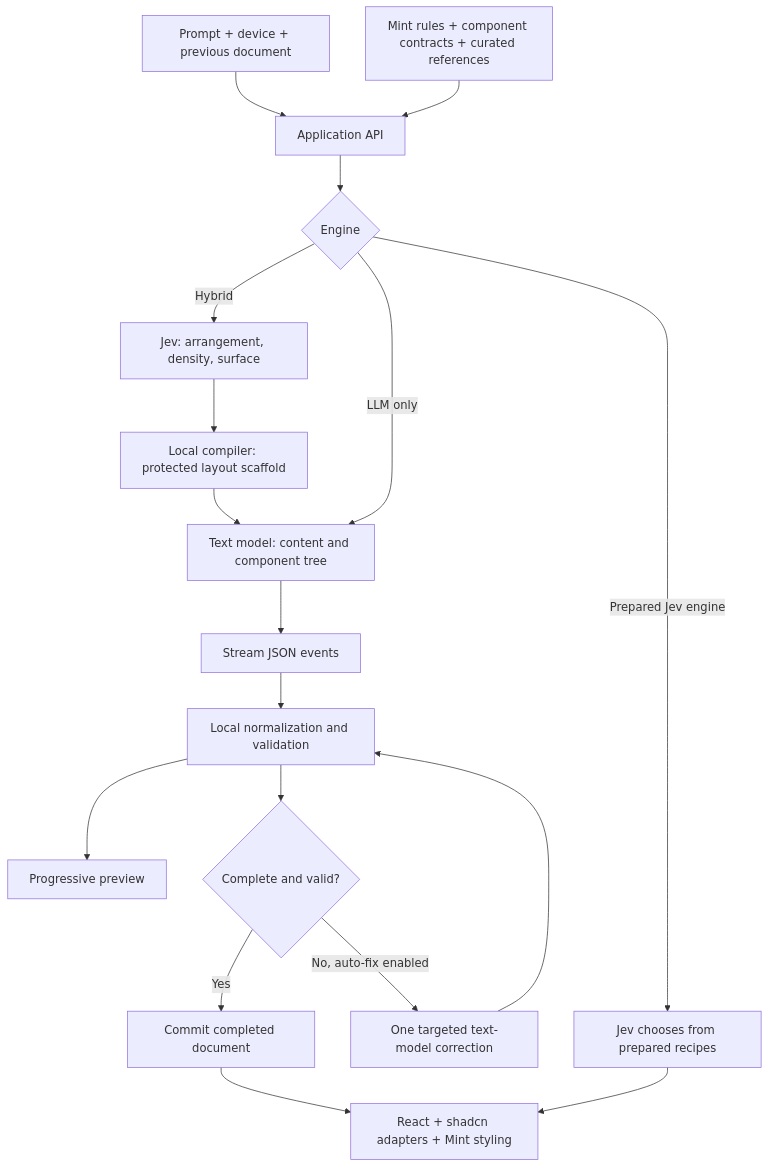
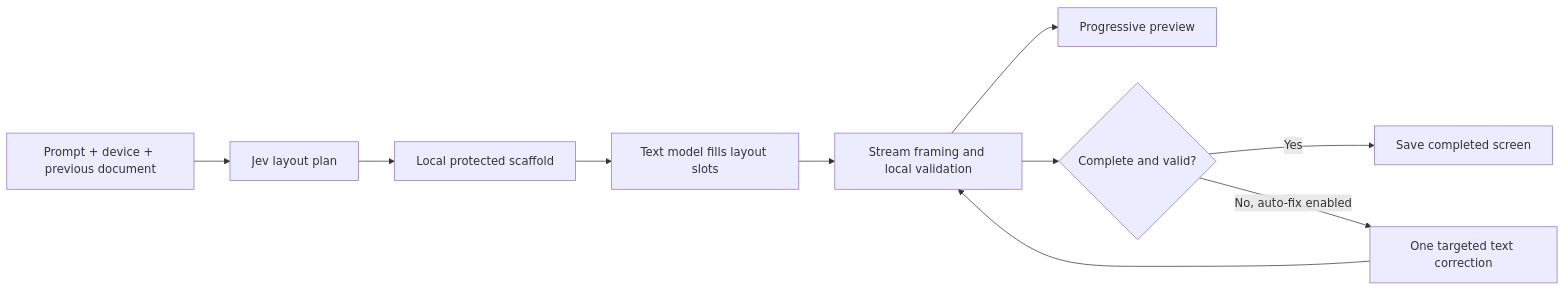
Before and after one commit to hckmstrrahul/jeverative-ui: the second of 2 diagrams in README.md, drawn with Mermaid. The commit also changed other lines of this file and 25 other files, not shown here.

Commit message:
Refine two-engine playground, connection settings and architecture docs

````diff
--- a/README.md
+++ b/README.md
@@ -37,20 +36,12 @@
 ```mermaid
-flowchart TD
-  Prompt[Prompt + device + previous document] --> API[Application API]
-  Rules[Mint rules + component contracts + curated references] --> API
-  API --> Mode{Engine}
-  Mode -->|Hybrid| Jev[Jev: arrangement, density, surface]
-  Jev --> Scaffold[Local compiler: protected layout scaffold]
-  Scaffold --> Text[Text model: content and component tree]
-  Mode -->|LLM only| Text
-  Text --> Stream[Stream JSON events]
-  Stream --> Validate[Local normalization and validation]
-  Validate --> Draft[Progressive preview]
-  Validate --> Valid{Complete and valid?}
-  Valid -->|Yes| Save[Commit completed document]
-  Valid -->|No, auto-fix enabled| Repair[One targeted text-model correction]
-  Repair --> Validate
-  Save --> Render[React + shadcn adapters + Mint styling]
-  Mode -->|Prepared Jev engine| Recipes[Jev chooses from prepared recipes]
-  Recipes --> Render
+flowchart LR
+  A[Prompt + device + previous document] --> B[Jev layout plan]
+  B --> C[Local protected scaffold]
+  C --> D[Text model fills layout slots]
+  D --> E[Stream framing and local validation]
+  E --> F[Progressive preview]
+  E --> G{Complete and valid?}
+  G -->|Yes| H[Save completed screen]
+  G -->|No, auto-fix enabled| I[One targeted text correction]
+  I --> E
 ```
````
